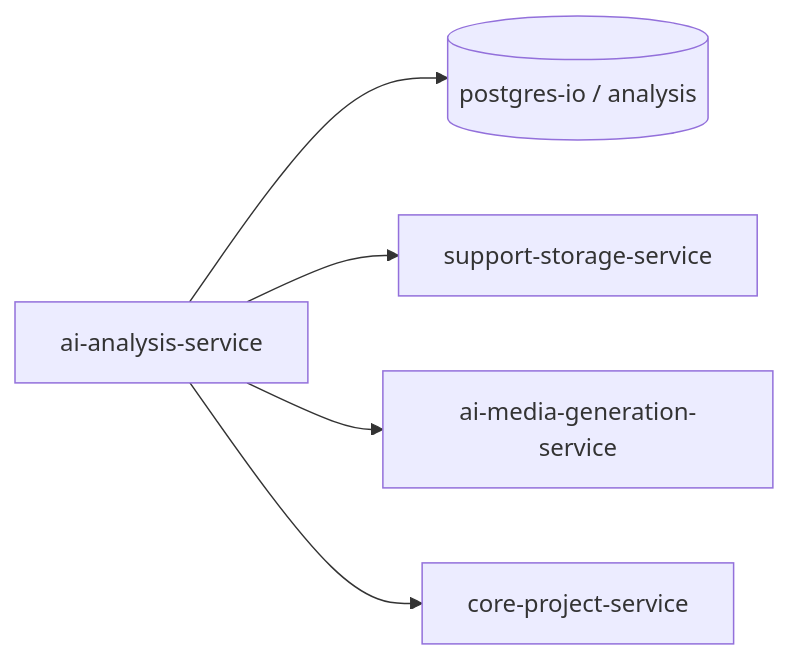
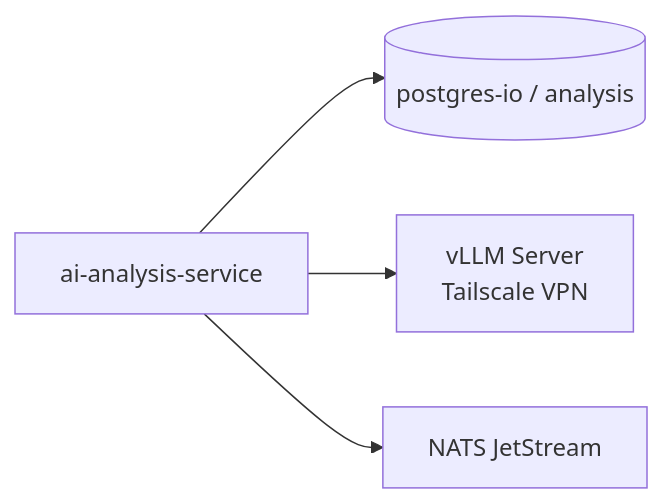
One commit to VisioBook-ESP/docs-architecture changed the second of 3 diagrams in microservices/ai-analysis-service.md. Above: the diagram before and after it, drawn with Mermaid. The commit also changed other lines of this file and 4 other files, not shown here.

````diff
--- a/microservices/ai-analysis-service.md
+++ b/microservices/ai-analysis-service.md
@@ -363,7 +242,6 @@
 ```mermaid
 graph LR
     AI[ai-analysis-service] --> PG[(postgres-io / analysis)]
-    AI --> STORAGE[support-storage-service]
-    AI --> MEDIA[ai-media-generation-service]
-    AI --> PROJECT[core-project-service]
+    AI --> VLLM[vLLM Server<br/>Tailscale VPN]
+    AI --> NATS[NATS JetStream]
 ```
````
